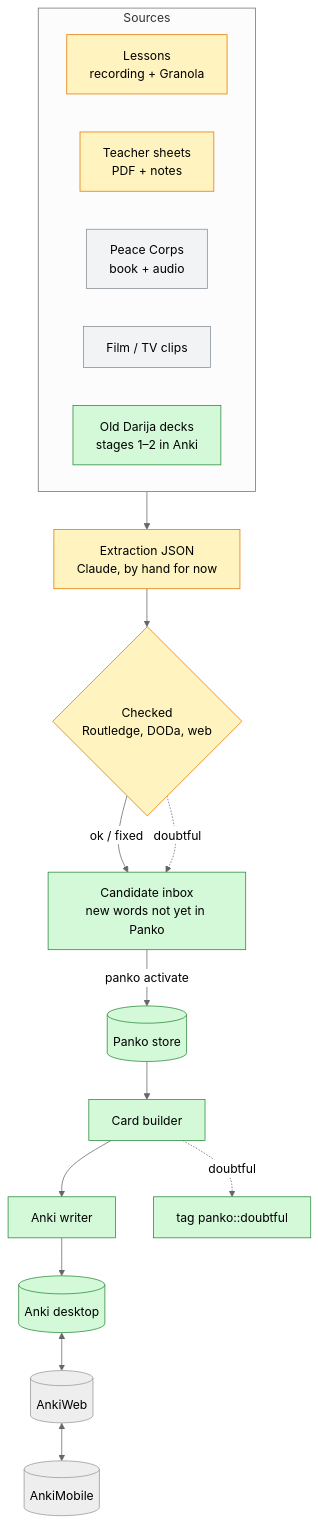
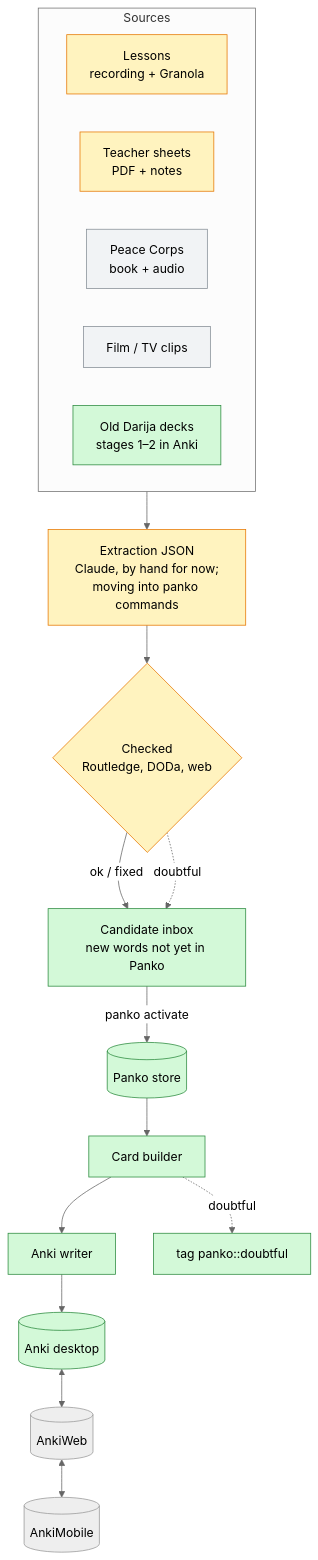
The first of 5 diagrams in docs/ARCHITECTURE.md (NotAHill/panko), drawn with Mermaid (neutral theme) before and after one commit. The commit also changed other lines of this file and 14 other files, not shown here.

First line of the commit message:
S1: language-model layer (panko.llm) with Claude by default

````diff
--- a/docs/ARCHITECTURE.md
+++ b/docs/ARCHITECTURE.md
@@ -12,25 +12,25 @@
 ```mermaid
 flowchart TB
     subgraph Sources
         direction LR
         L[Lessons<br/>recording + Granola]:::part
         T[Teacher sheets<br/>PDF + notes]:::part
         PC[Peace Corps<br/>book + audio]:::plan
         M[Film / TV clips]:::plan
         D[Old Darija decks<br/>stages 1–2 in Anki]:::built
     end
-    Sources --> X[Extraction JSON<br/>Claude, by hand for now]:::part
+    Sources --> X[Extraction JSON<br/>Claude, by hand for now;<br/>moving into panko commands]:::part
     X --> C{Checked<br/>Routledge, DODa, web}:::part
     C -- ok / fixed --> IN[Candidate inbox<br/>new words not yet in Panko]:::built
     C -. doubtful .-> IN
     IN -- panko activate --> S[(Panko store)]:::built
     S --> B[Card builder]:::built
     B --> W[Anki writer]:::built
     B -. doubtful .-> F[tag panko::doubtful]:::built
     W --> A[(Anki desktop)]:::built
     A <--> AW[(AnkiWeb)] <--> AM[(AnkiMobile)]
 
     classDef built fill:#d3f9d8,stroke:#2b8a3e,color:#000
     classDef part fill:#fff3bf,stroke:#e67700,color:#000
     classDef plan fill:#f1f3f5,stroke:#868e96,color:#000
 ```
````
